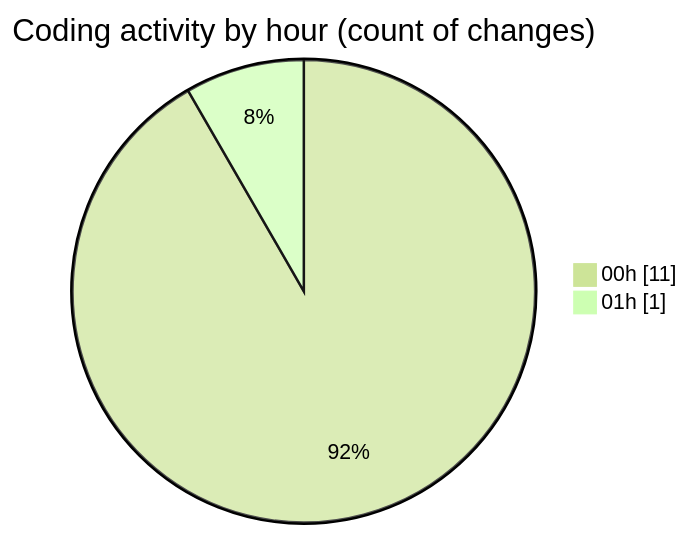
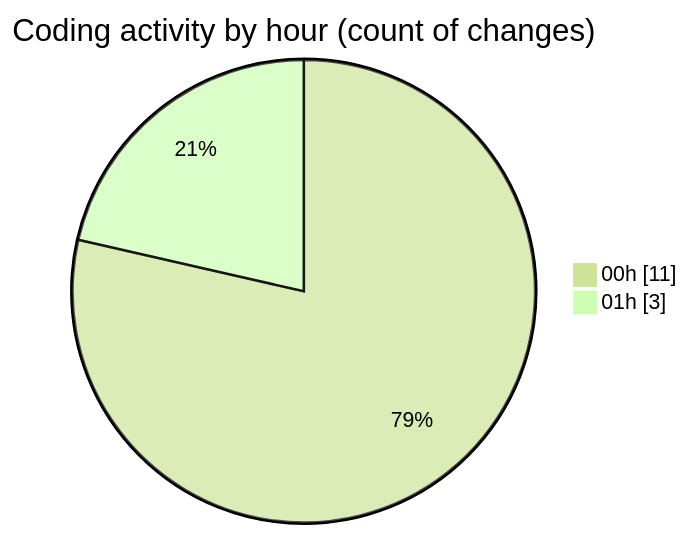
Before and after one commit to julien-gomy/code-tracking: the second of 2 diagrams in 2025-11-28/cdp_aleoudev_fr__workspace_/README.md, drawn with Mermaid (forest theme). The commit also changed other lines of this file and 1 other file, not shown here.

````diff
--- a/2025-11-28/cdp_aleoudev_fr__workspace_/README.md
+++ b/2025-11-28/cdp_aleoudev_fr__workspace_/README.md
@@ -29,6 +30,6 @@
 ```mermaid
 pie showData
 title Coding activity by hour (count of changes)
 "00h" : 11
-"01h" : 1
+"01h" : 3
 ```
````
